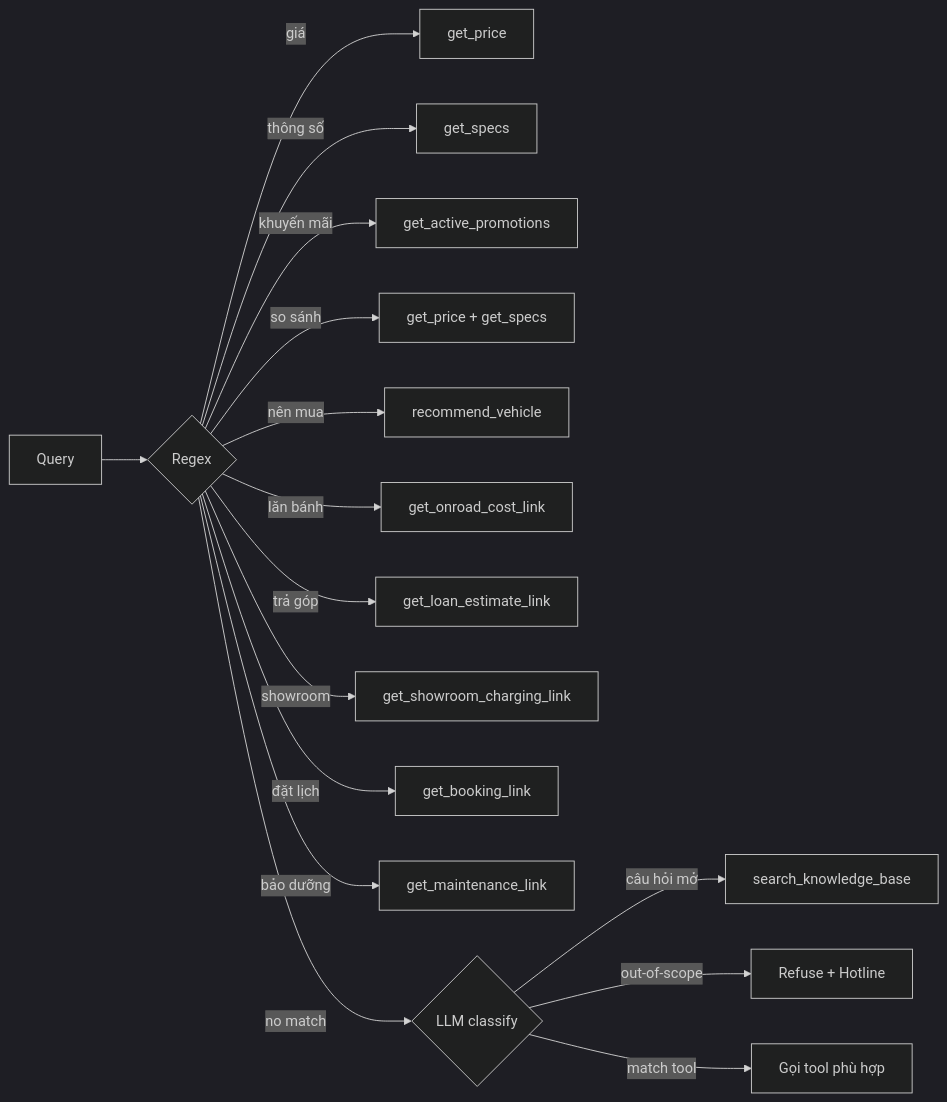
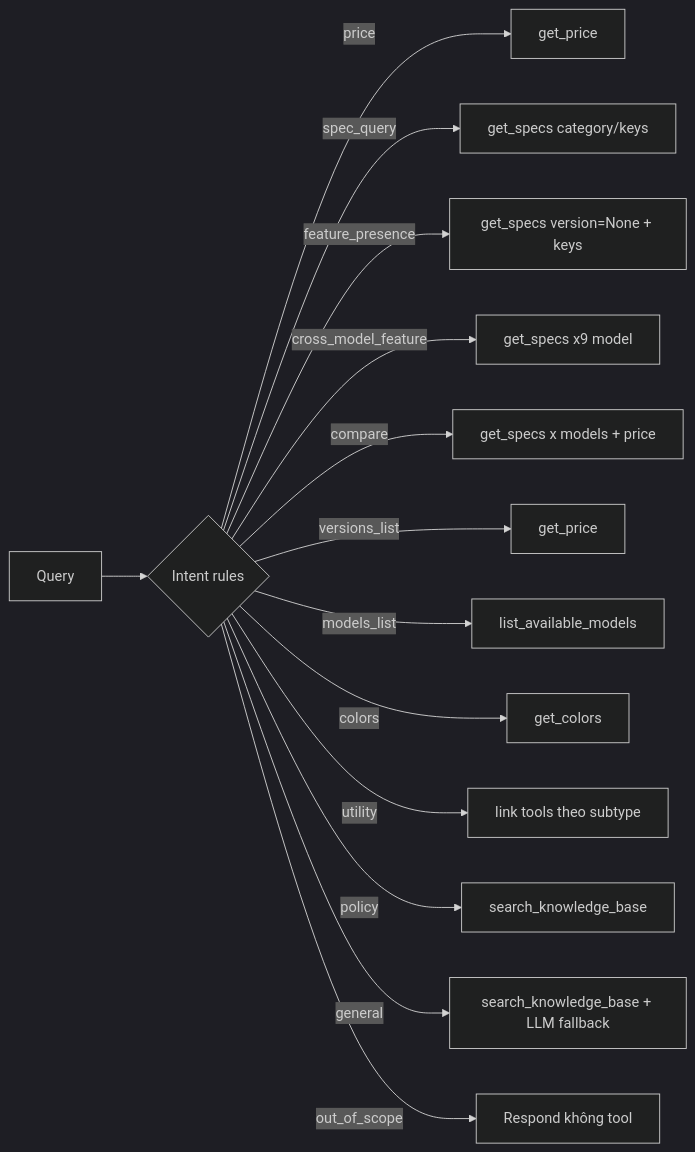
One commit to giangkh1908/Vinfast-RAG changed the fifth of 5 diagrams in docs/architecture.md. Above: the diagram before and after it, drawn with Mermaid (dark theme). The commit also changed other lines of this file and 77 other files, not shown here.

````diff
--- a/docs/architecture.md
+++ b/docs/architecture.md
@@ -152,18 +171,16 @@
 ```mermaid
 flowchart LR
-    Q[Query] --> R{Regex}
-    R -->|giá| T1[get_price]
-    R -->|thông số| T2[get_specs]
-    R -->|khuyến mãi| T5[get_active_promotions]
-    R -->|so sánh| CMP[get_price + get_specs]
-    R -->|nên mua| T6[recommend_vehicle]
-    R -->|lăn bánh| T7[get_onroad_cost_link]
-    R -->|trả góp| T8[get_loan_estimate_link]
-    R -->|showroom| T9[get_showroom_charging_link]
-    R -->|đặt lịch| T10[get_booking_link]
-    R -->|bảo dưỡng| T11[get_maintenance_link]
-    R -->|no match| LLM{LLM classify}
-    LLM -->|câu hỏi mở| T3[search_knowledge_base]
-    LLM -->|out-of-scope| REF[Refuse + Hotline]
-    LLM -->|match tool| TOOLS[Gọi tool phù hợp]
+    Q[Query] --> I{Intent rules}
+    I -->|price| T1[get_price]
+    I -->|spec_query| T2[get_specs category/keys]
+    I -->|feature_presence| T3[get_specs version=None + keys]
+    I -->|cross_model_feature| T4[get_specs x9 model]
+    I -->|compare| T5[get_specs x models + price]
+    I -->|versions_list| T6[get_price]
+    I -->|models_list| T7[list_available_models]
+    I -->|colors| T8[get_colors]
+    I -->|utility| T9[link tools theo subtype]
+    I -->|policy| T10[search_knowledge_base]
+    I -->|general| T11[search_knowledge_base + LLM fallback]
+    I -->|out_of_scope| REF[Respond không tool]
 ```
````
